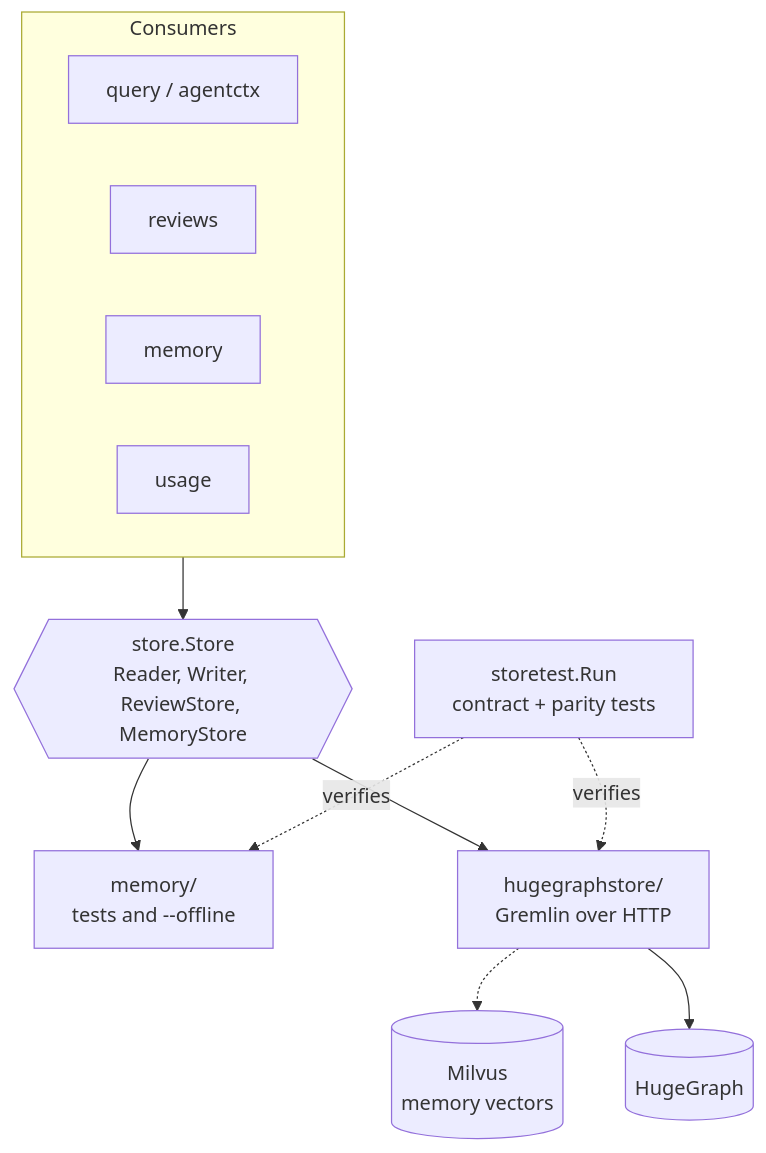
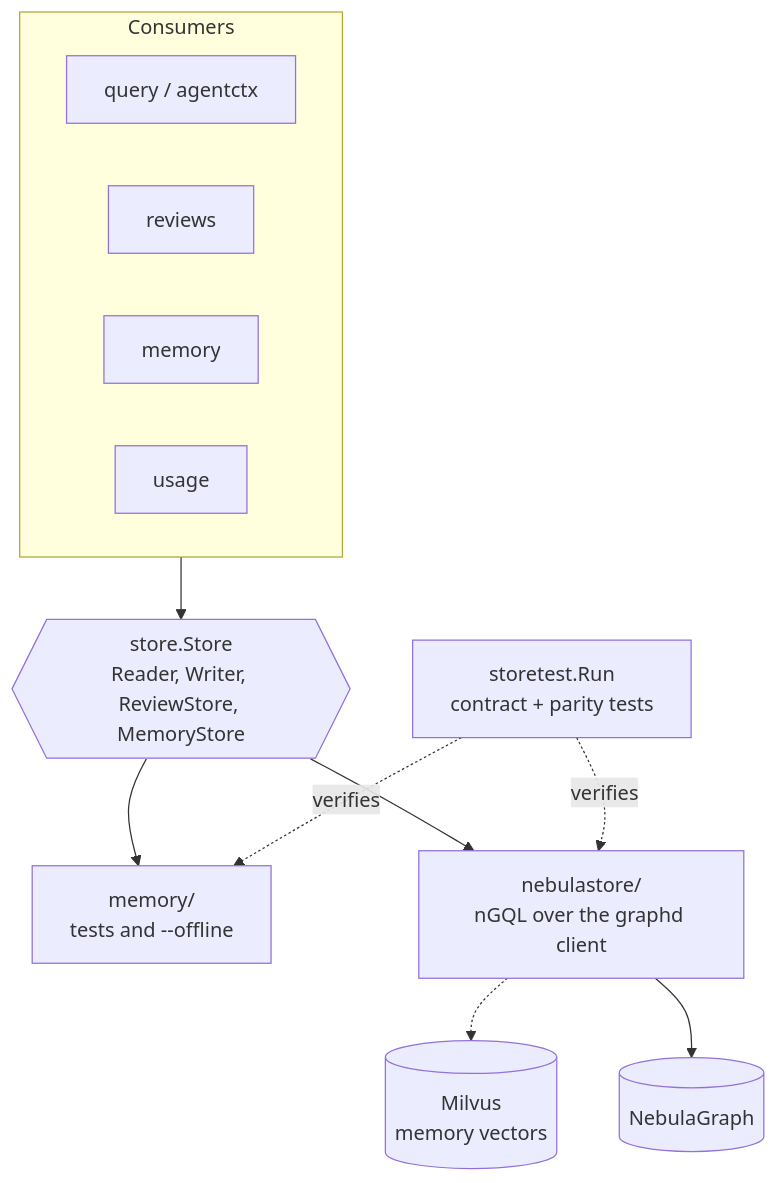
Before and after one commit to astrona-io/codesynapse: the first of 2 diagrams in docs/architecture/stores.md, drawn with Mermaid. The commit also changed other lines of this file and 75 other files, not shown here.

First line of the commit message:
feat!: NebulaGraph replaces HugeGraph (#317)

````diff
--- a/docs/architecture/stores.md
+++ b/docs/architecture/stores.md
@@ -5,20 +5,20 @@
 ```mermaid
 flowchart TB
     subgraph consumers[Consumers]
         query[query / agentctx]
         reviews[reviews]
         memory[memory]
         usage[usage]
     end
     iface{{store.Store<br/>Reader, Writer, ReviewStore, MemoryStore}}
     consumers --> iface
 
     iface --> mem[memory/<br/>tests and --offline]
-    iface --> hg[hugegraphstore/<br/>Gremlin over HTTP]
+    iface --> hg[nebulastore/<br/>nGQL over the graphd client]
 
     hg -.-> milvus[(Milvus<br/>memory vectors)]
-    hg --> hgdb[(HugeGraph)]
+    hg --> hgdb[(NebulaGraph)]
 
     contract[storetest.Run<br/>contract + parity tests] -. verifies .-> mem
     contract -. verifies .-> hg
 ```
````
